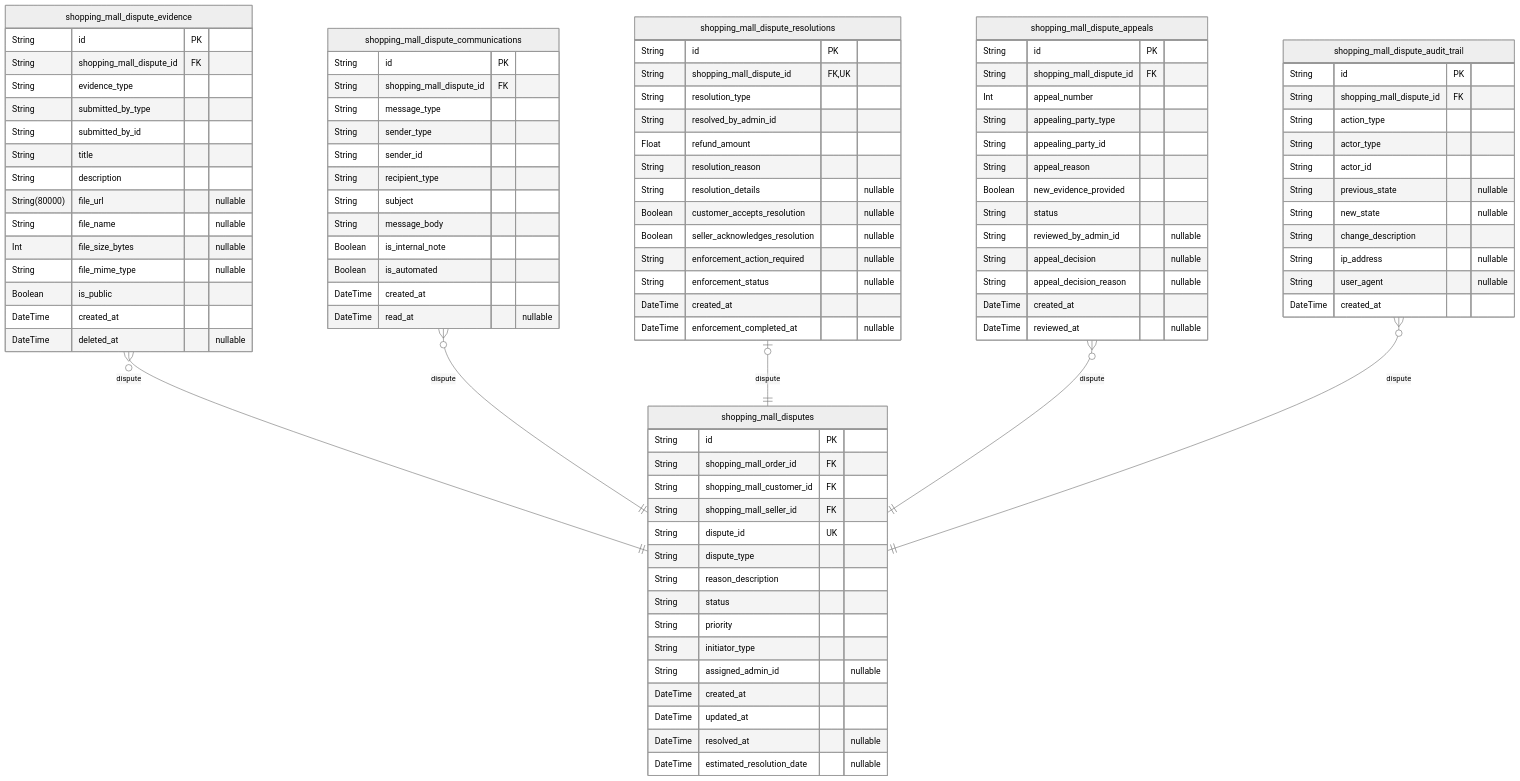
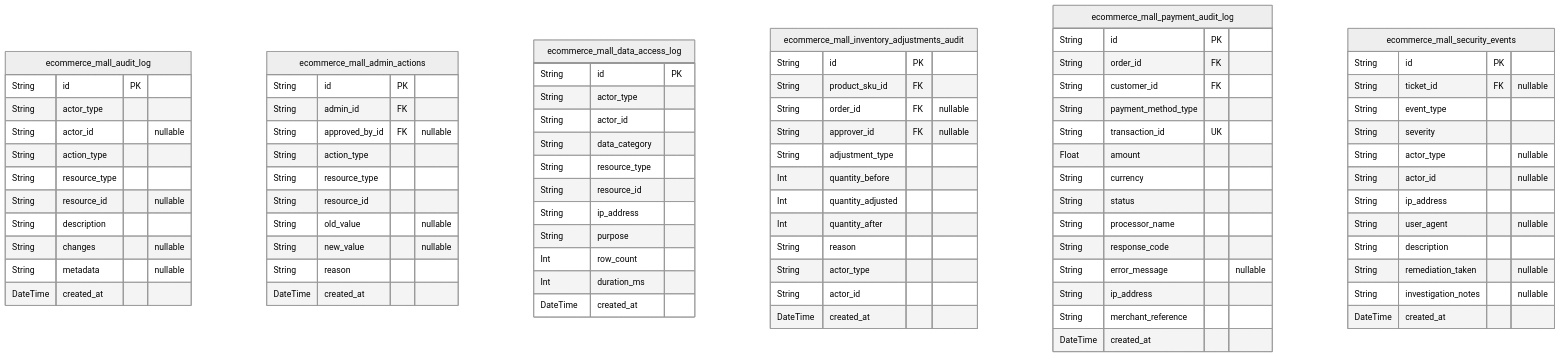
Diagram 11 of 11 in anthropic/claude-haiku-4.5/shopping/docs/ERD.md (wrtnlabs/autobe-examples), drawn with Mermaid (neutral theme) before and after one commit. The commit also changed other lines of this file and 22498 other files, not shown here.

````diff
--- a/anthropic/claude-haiku-4.5/shopping/docs/ERD.md
+++ b/anthropic/claude-haiku-4.5/shopping/docs/ERD.md
@@ -4055,98 +4661,84 @@
 ```mermaid
 erDiagram
-"shopping_mall_disputes" {
+"ecommerce_mall_audit_log" {
   String id PK
-  String shopping_mall_order_id FK
-  String shopping_mall_customer_id FK
-  String shopping_mall_seller_id FK
-  String dispute_id UK
-  String dispute_type
-  String reason_description
-  String status
-  String priority
-  String initiator_type
-  String assigned_admin_id "nullable"
+  String actor_type
+  String actor_id "nullable"
+  String action_type
+  String resource_type
+  String resource_id "nullable"
+  String description
+  String changes "nullable"
+  String metadata "nullable"
   DateTime created_at
-  DateTime updated_at
-  DateTime resolved_at "nullable"
-  DateTime estimated_resolution_date "nullable"
 }
-"shopping_mall_dispute_evidence" {
+"ecommerce_mall_admin_actions" {
   String id PK
-  String shopping_mall_dispute_id FK
-  String evidence_type
-  String submitted_by_type
-  String submitted_by_id
-  String title
-  String description
-  String(80000) file_url "nullable"
-  String file_name "nullable"
-  Int file_size_bytes "nullable"
-  String file_mime_type "nullable"
-  Boolean is_public
+  String admin_id FK
+  String approved_by_id FK "nullable"
+  String action_type
+  String resource_type
+  String resource_id
+  String old_value "nullable"
+  String new_value "nullable"
+  String reason
   DateTime created_at
-  DateTime deleted_at "nullable"
 }
-"shopping_mall_dispute_communications" {
+"ecommerce_mall_data_access_log" {
   String id PK
-  String shopping_mall_dispute_id FK
-  String message_type
-  String sender_type
-  String sender_id
-  String recipient_type
-  String subject
-  String message_body
-  Boolean is_internal_note
-  Boolean is_automated
-  DateTime created_at
-  DateTime read_at "nullable"
-}
-"shopping_mall_dispute_resolutions" {
-  String id PK
-  String shopping_mall_dispute_id FK,UK
-  String resolution_type
-  String resolved_by_admin_id
-  Float refund_amount
-  String resolution_reason
-  String resolution_details "nullable"
-  Boolean customer_accepts_resolution "nullable"
-  Boolean seller_acknowledges_resolution "nullable"
-  String enforcement_action_required "nullable"
-  String enforcement_status "nullable"
-  DateTime created_at
-  DateTime enforcement_completed_at "nullable"
-}
-"shopping_mall_dispute_appeals" {
-  String id PK
-  String shopping_mall_dispute_id FK
-  Int appeal_number
-  String appealing_party_type
-  String appealing_party_id
-  String appeal_reason
-  Boolean new_evidence_provided
-  String status
-  String reviewed_by_admin_id "nullable"
-  String appeal_decision "nullable"
-  String appeal_decision_reason "nullable"
-  DateTime created_at
-  DateTime reviewed_at "nullable"
-}
-"shopping_mall_dispute_audit_trail" {
-  String id PK
-  String shopping_mall_dispute_id FK
-  String action_type
   String actor_type
   String actor_id
-  String previous_state "nullable"
-  String new_state "nullable"
-  String change_description
-  String ip_address "nullable"
-  String user_agent "nullable"
+  String data_category
+  String resource_type
+  String resource_id
+  String ip_address
+  String purpose
+  Int row_count
+  Int duration_ms
   DateTime created_at
 }
-"shopping_mall_dispute_evidence" }o--|| "shopping_mall_disputes" : dispute
-"shopping_mall_dispute_communications" }o--|| "shopping_mall_disputes" : dispute
-"shopping_mall_dispute_resolutions" |o--|| "shopping_mall_disputes" : dispute
-"shopping_mall_dispute_appeals" }o--|| "shopping_mall_disputes" : dispute
-"shopping_mall_dispute_audit_trail" }o--|| "shopping_mall_disputes" : dispute
+"ecommerce_mall_inventory_adjustments_audit" {
+  String id PK
+  String product_sku_id FK
+  String order_id FK "nullable"
+  String approver_id FK "nullable"
+  String adjustment_type
+  Int quantity_before
+  Int quantity_adjusted
+  Int quantity_after
+  String reason
+  String actor_type
+  String actor_id
+  DateTime created_at
+}
+"ecommerce_mall_payment_audit_log" {
+  String id PK
+  String order_id FK
+  String customer_id FK
+  String payment_method_type
+  String transaction_id UK
+  Float amount
+  String currency
+  String status
+  String processor_name
+  String response_code
+  String error_message "nullable"
+  String ip_address
+  String merchant_reference
+  DateTime created_at
+}
+"ecommerce_mall_security_events" {
+  String id PK
+  String ticket_id FK "nullable"
+  String event_type
+  String severity
+  String actor_type "nullable"
+  String actor_id "nullable"
+  String ip_address
+  String user_agent "nullable"
+  String description
+  String remediation_taken "nullable"
+  String investigation_notes "nullable"
+  DateTime created_at
+}
 ```
````
